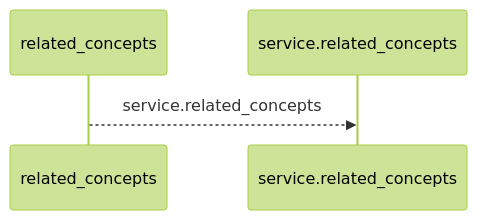
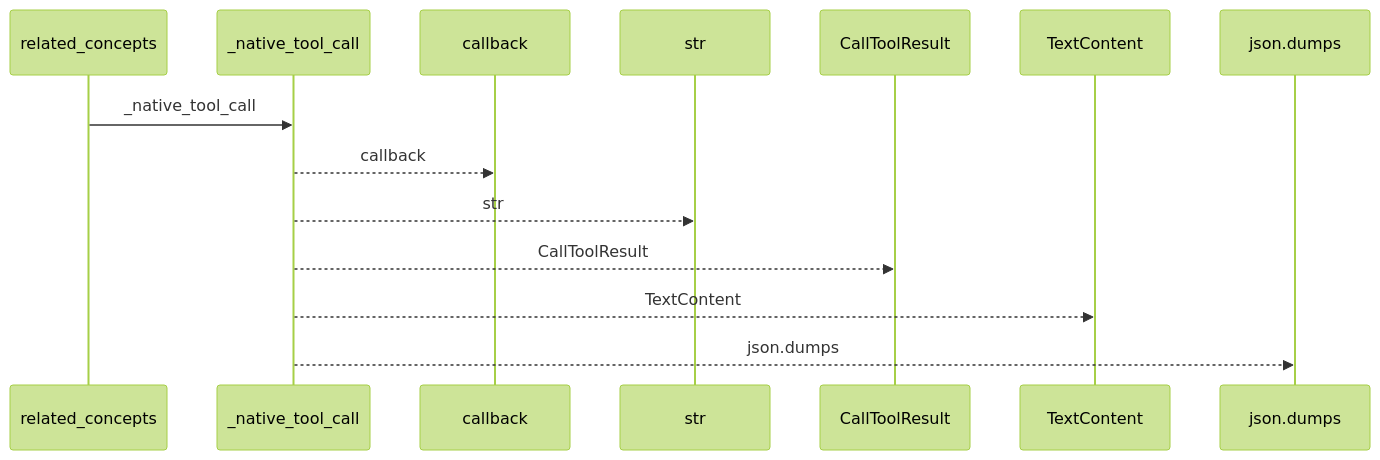
One commit to Denissvgn/python-wiki-llm changed the first of 2 diagrams in docs/llm_wiki/flows/mcp-related_concepts.md. Above: the diagram before and after it, drawn with Mermaid (forest theme). The commit also changed other lines of this file and 398 other files, not shown here.

````diff
--- a/docs/llm_wiki/flows/mcp-related_concepts.md
+++ b/docs/llm_wiki/flows/mcp-related_concepts.md
@@ -10,6 +10,16 @@
 ```mermaid
 sequenceDiagram
     participant p0 as related_concepts
-    participant p1 as service.related_concepts
-    p0-->>p1: service.related_concepts
+    participant p1 as _native_tool_call
+    participant p2 as callback
+    participant p3 as str
+    participant p4 as CallToolResult
+    participant p5 as TextContent
+    participant p6 as json.dumps
+    p0->>p1: _native_tool_call
+    p1-->>p2: callback
+    p1-->>p3: str
+    p1-->>p4: CallToolResult
+    p1-->>p5: TextContent
+    p1-->>p6: json.dumps
 ```
````
